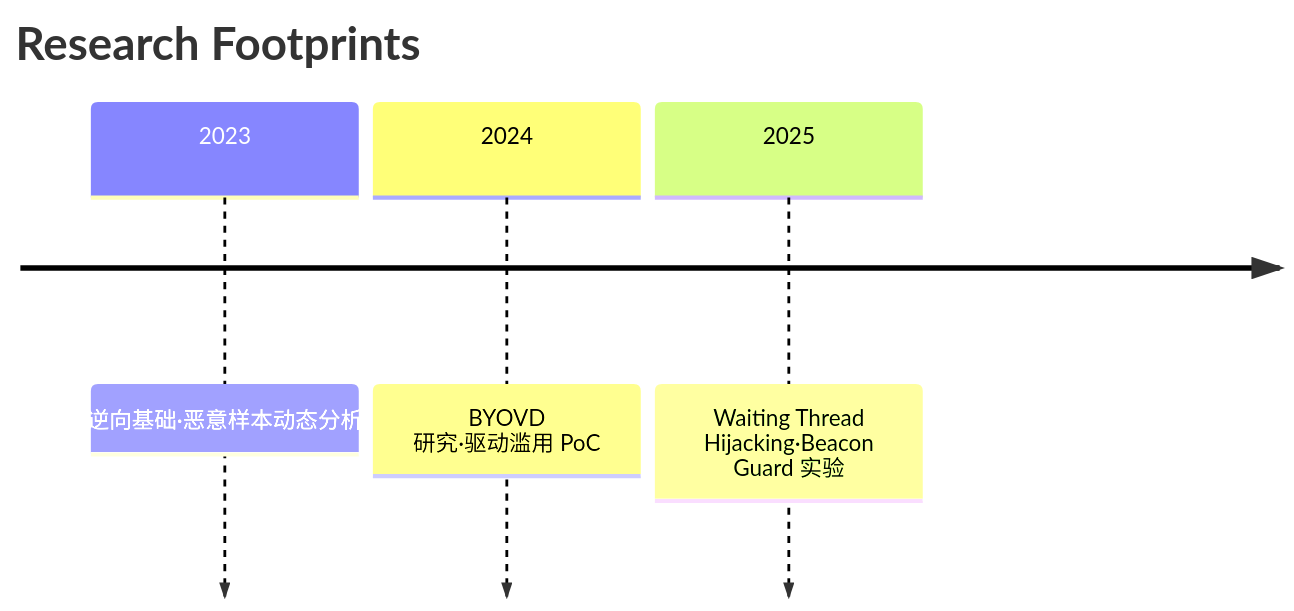
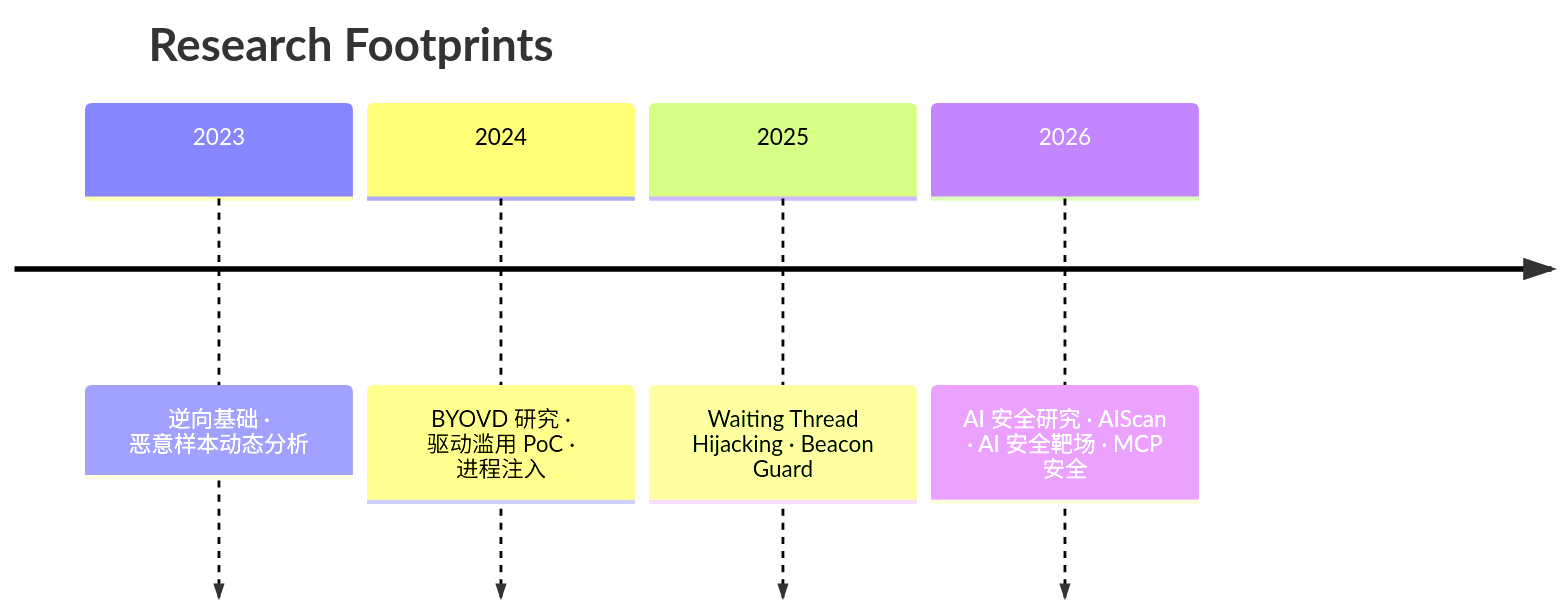
The diagram in README.md (250wuyifan/250wuyifan), drawn with Mermaid before and after one commit. The commit also changed other lines of this file, not shown here.

````diff
--- a/README.md
+++ b/README.md
@@ -54,7 +119,8 @@
 ```mermaid
 timeline
-  title Research Footprints
-  2023 : 逆向基础·恶意样本动态分析
-  2024 : BYOVD 研究·驱动滥用 PoC
-  2025 : Waiting Thread Hijacking·Beacon Guard 实验
+    title Research Footprints
+    2023 : 逆向基础 · 恶意样本动态分析
+    2024 : BYOVD 研究 · 驱动滥用 PoC · 进程注入
+    2025 : Waiting Thread Hijacking · Beacon Guard
+    2026 : AI 安全研究 · AIScan · AI 安全靶场 · MCP 安全
 ```
````
